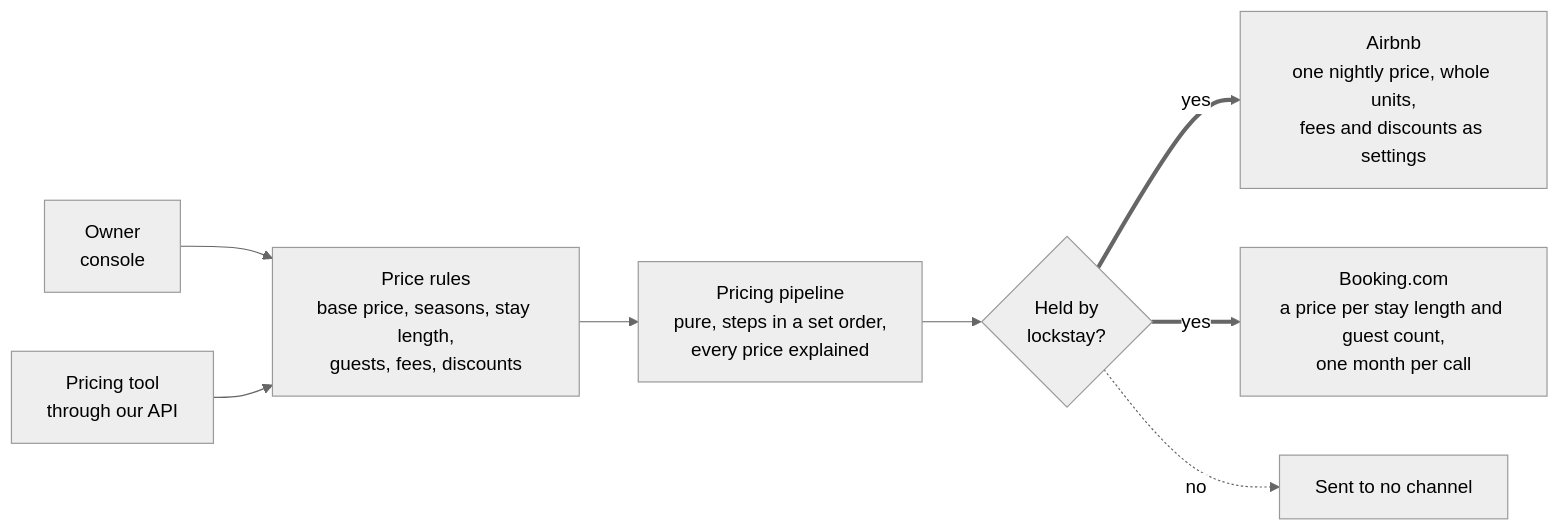
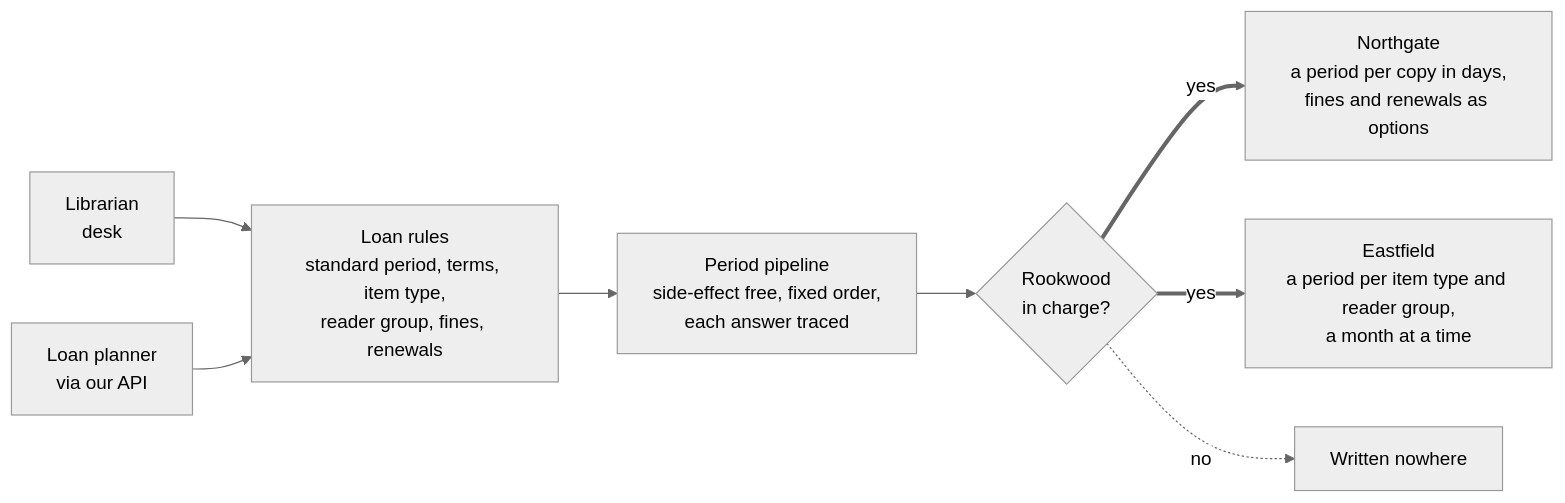
Before and after one commit to Neaox/quill: the third of 7 diagrams in packages/markdown/corpus/20-architecture-map.md, drawn with Mermaid (neutral theme). The commit also changed other lines of this file and 90 other files, not shown here.

````diff
--- a/packages/markdown/corpus/20-architecture-map.md
+++ b/packages/markdown/corpus/20-architecture-map.md
@@ -117,13 +117,13 @@
 ```mermaid
 flowchart LR
-  accTitle: Prices are rules until a channel needs them
-  accDescr: The owner and the pricing tool write price rules; the pricing pipeline evaluates them and, when lockstay holds the price, shapes it for Airbnb and Booking.com.
+  accTitle: Loan periods stay rules until asked for
+  accDescr: Librarians and the loan planner record loan rules; the period pipeline works them through and, where Rookwood is in charge, formats the result for Northgate and Eastfield.
 
-  owner["Owner<br>console"] --> rules
-  tool["Pricing tool<br>through our API"] --> rules
-  rules["Price rules<br>base price, seasons, stay length,<br>guests, fees, discounts"] --> pipeline
-  pipeline["Pricing pipeline<br>pure, steps in a set order,<br>every price explained"] --> held{"Held by<br>lockstay?"}
-  held ==>|yes| airbnb["Airbnb<br>one nightly price, whole units,<br>fees and discounts as settings"]
-  held ==>|yes| booking["Booking.com<br>a price per stay length and guest count,<br>one month per call"]
-  held -.->|no| none["Sent to no channel"]
+  staff["Librarian<br>desk"] --> rules
+  tool["Loan planner<br>via our API"] --> rules
+  rules["Loan rules<br>standard period, terms, item type,<br>reader group, fines, renewals"] --> pipeline
+  pipeline["Period pipeline<br>side-effect free, fixed order,<br>each answer traced"] --> held{"Rookwood<br>in charge?"}
+  held ==>|yes| northgate["Northgate<br>a period per copy in days,<br>fines and renewals as options"]
+  held ==>|yes| eastfield["Eastfield<br>a period per item type and reader group,<br>a month at a time"]
+  held -.->|no| none["Written nowhere"]
 ```
````
